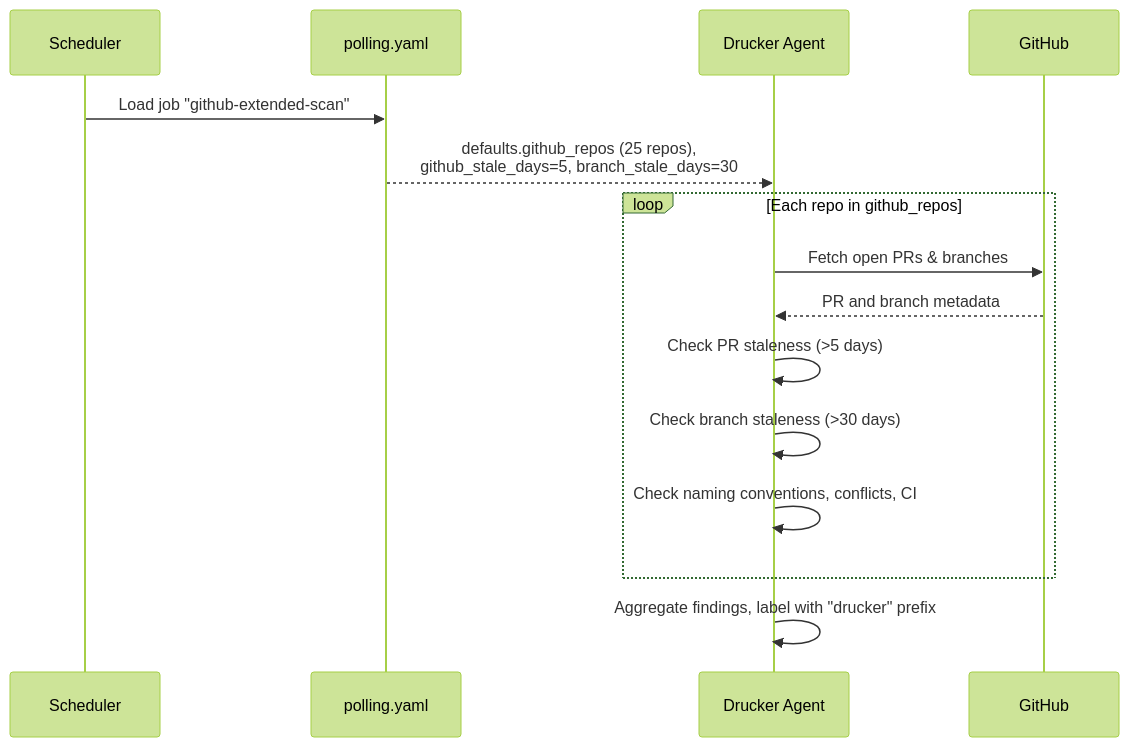
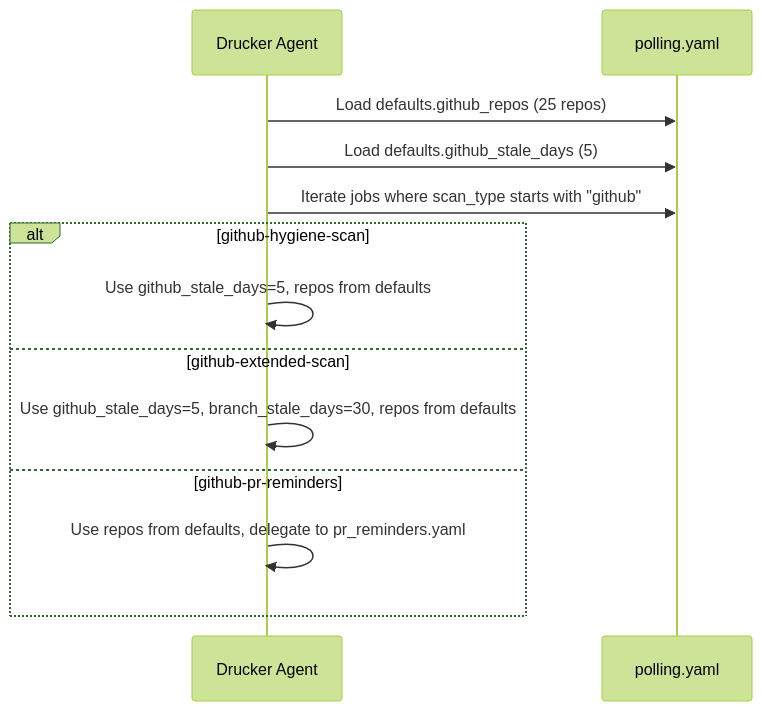
One commit to jmac-cornelis/agent-workforce changed the third of 4 diagrams in docs/agents-drucker-config.md. Above: the diagram before and after it, drawn with Mermaid (forest theme). The commit also changed other lines of this file and 8 other files, not shown here.

````diff
--- a/docs/agents-drucker-config.md
+++ b/docs/agents-drucker-config.md
@@ -102,18 +98,16 @@
 ```mermaid
 sequenceDiagram
-    participant Scheduler
-    participant Polling as polling.yaml
-    participant Drucker as Drucker Agent
-    participant GitHub
+    participant Agent as Drucker Agent
+    participant PY as polling.yaml
 
-    Scheduler->>Polling: Load job "github-extended-scan"
-    Polling-->>Drucker: defaults.github_repos (25 repos),<br/>github_stale_days=5, branch_stale_days=30
-    loop Each repo in github_repos
-        Drucker->>GitHub: Fetch open PRs & branches
-        GitHub-->>Drucker: PR and branch metadata
-        Drucker->>Drucker: Check PR staleness (>5 days)
-        Drucker->>Drucker: Check branch staleness (>30 days)
-        Drucker->>Drucker: Check naming conventions, conflicts, CI
+    Agent->>PY: Load defaults.github_repos (25 repos)
+    Agent->>PY: Load defaults.github_stale_days (5)
+    Agent->>PY: Iterate jobs where scan_type starts with "github"
+    alt github-hygiene-scan
+        Agent->>Agent: Use github_stale_days=5, repos from defaults
+    else github-extended-scan
+        Agent->>Agent: Use github_stale_days=5, branch_stale_days=30, repos from defaults
+    else github-pr-reminders
+        Agent->>Agent: Use repos from defaults, delegate to pr_reminders.yaml
     end
-    Drucker->>Drucker: Aggregate findings, label with "drucker" prefix
 ```
````
